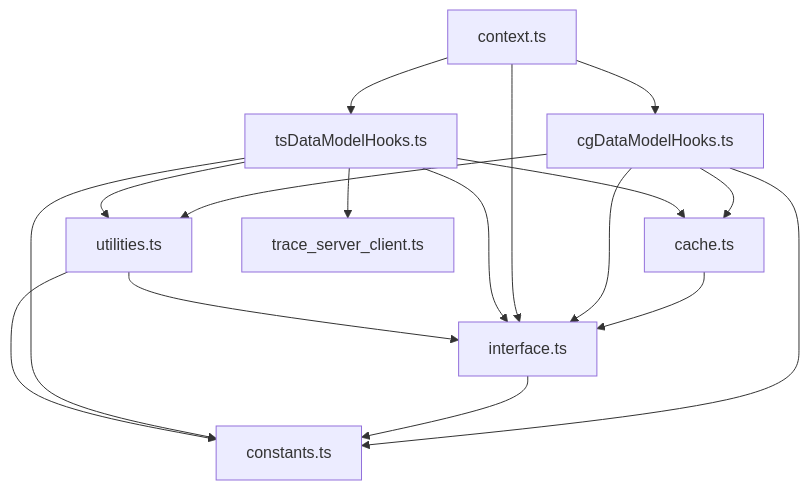
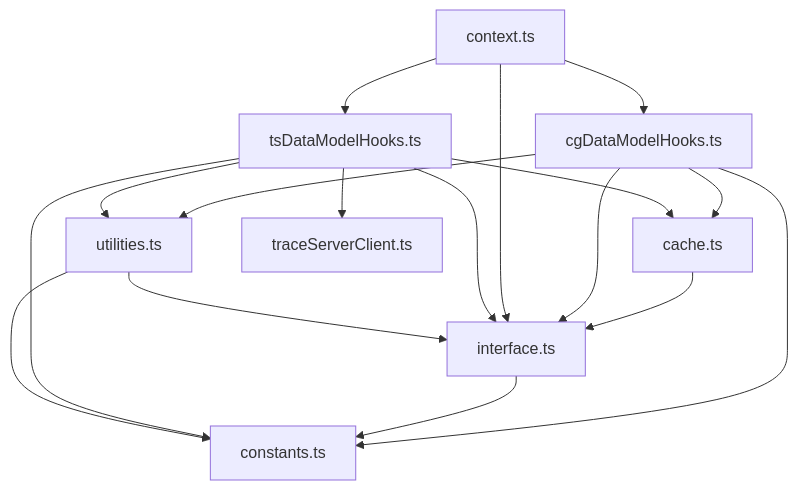
One commit to wandb/weave changed the third of 3 diagrams in weave-js/src/components/PagePanelComponents/Home/Browse3/pages/wfReactInterface/README.md. Above: the diagram before and after it, drawn with Mermaid. The commit also changed other lines of this file and 3 other files, not shown here.

````diff
--- a/weave-js/src/components/PagePanelComponents/Home/Browse3/pages/wfReactInterface/README.md
+++ b/weave-js/src/components/PagePanelComponents/Home/Browse3/pages/wfReactInterface/README.md
@@ -25,25 +25,25 @@
 ```mermaid
 flowchart TD
     cache.ts --> interface.ts
 
     cgDataModelHooks.ts --> utilities.ts
     cgDataModelHooks.ts --> interface.ts
     cgDataModelHooks.ts --> constants.ts
     cgDataModelHooks.ts --> cache.ts
 
     interface.ts --> constants.ts
 
     context.ts --> interface.ts
     context.ts --> tsDataModelHooks.ts
     context.ts --> cgDataModelHooks.ts
 
 
-    tsDataModelHooks.ts --> trace_server_client.ts
+    tsDataModelHooks.ts --> traceServerClient.ts
     tsDataModelHooks.ts --> utilities.ts
     tsDataModelHooks.ts --> interface.ts
     tsDataModelHooks.ts --> constants.ts
     tsDataModelHooks.ts --> cache.ts
 
     utilities.ts --> constants.ts
     utilities.ts --> interface.ts
 ```
````
